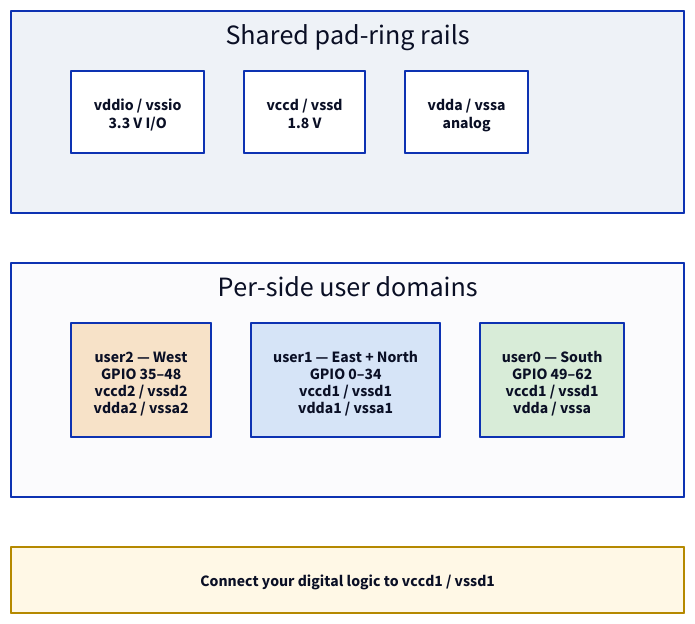
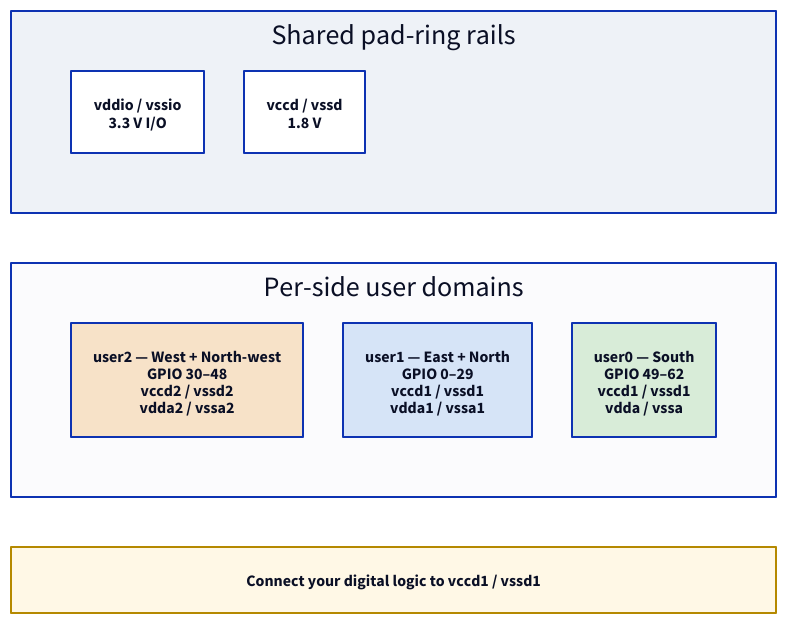
The diagram in docs/generated/power_domains.d2 (chipfoundry/double_wide_openframe), drawn with D2 before and after one commit. The commit also changed 26 other files, not shown here.

```diff
--- a/docs/generated/power_domains.d2
+++ b/docs/generated/power_domains.d2
@@ -1,25 +1,24 @@
 # AUTO-GENERATED by scripts/gen_datasheet_figures.py
 vars: { d2-config: { theme-id: 0; sketch: false } }
 grid-rows: 3
 horizontal-gap: 60
 vertical-gap: 50
 
 shared: Shared pad-ring rails {
-  grid-columns: 3
+  grid-columns: 2
   style.fill: "#eef2f7"
   a: "vddio / vssio\n3.3 V I/O" { style.fill: "#ffffff" }
   b: "vccd / vssd\n1.8 V" { style.fill: "#ffffff" }
-  c: "vdda / vssa\nanalog" { style.fill: "#ffffff" }
 }
 
 domains: Per-side user domains {
   grid-columns: 3
   style.fill: "#fbfbfd"
-  user2: "user2 — West\nGPIO 35–48\nvccd2 / vssd2\nvdda2 / vssa2" { style.fill: "#f7e2c8" }
-  user1: "user1 — East + North\nGPIO 0–34\nvccd1 / vssd1\nvdda1 / vssa1" { style.fill: "#d6e4f7" }
+  user2: "user2 — West + North-west\nGPIO 30–48\nvccd2 / vssd2\nvdda2 / vssa2" { style.fill: "#f7e2c8" }
+  user1: "user1 — East + North\nGPIO 0–29\nvccd1 / vssd1\nvdda1 / vssa1" { style.fill: "#d6e4f7" }
   user0: "user0 — South\nGPIO 49–62\nvccd1 / vssd1\nvdda / vssa" { style.fill: "#d8ecd8" }
 }
 
 note: "Connect your digital logic to vccd1 / vssd1" {
   style: { fill: "#fff8e6"; stroke: "#b58900"; bold: true }
 }
```
